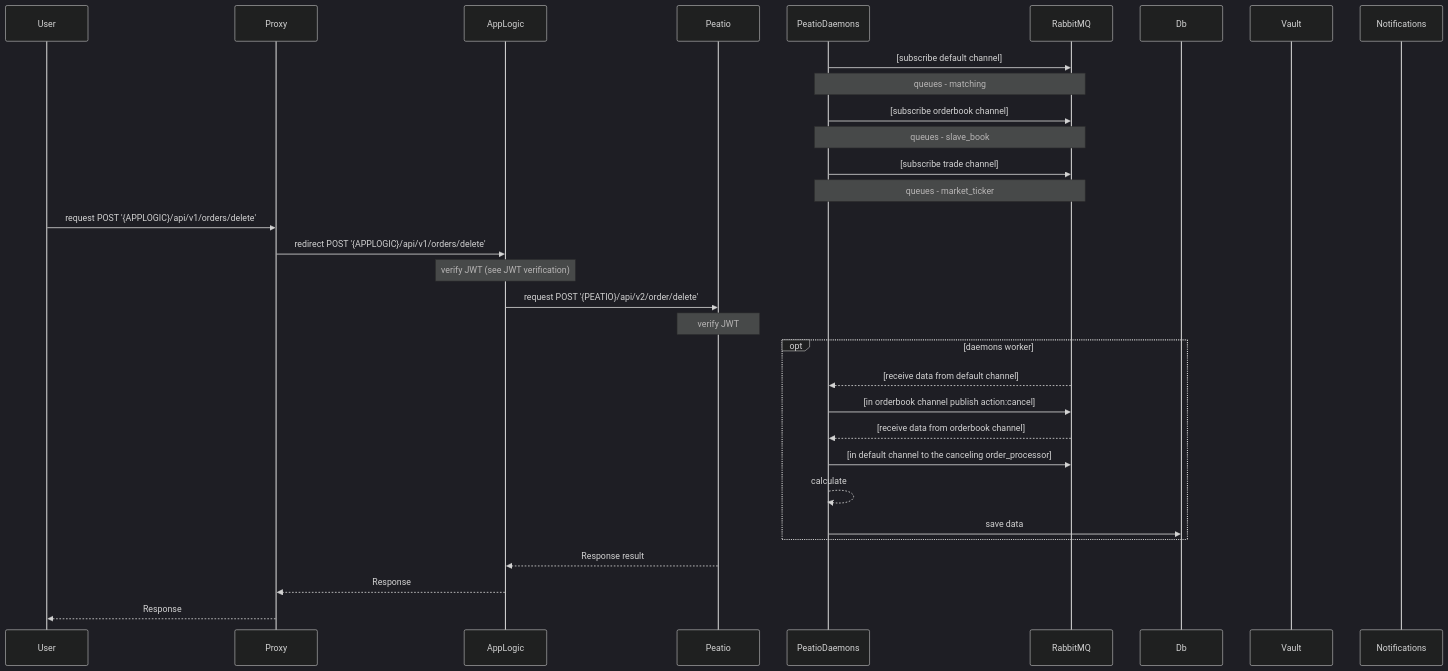
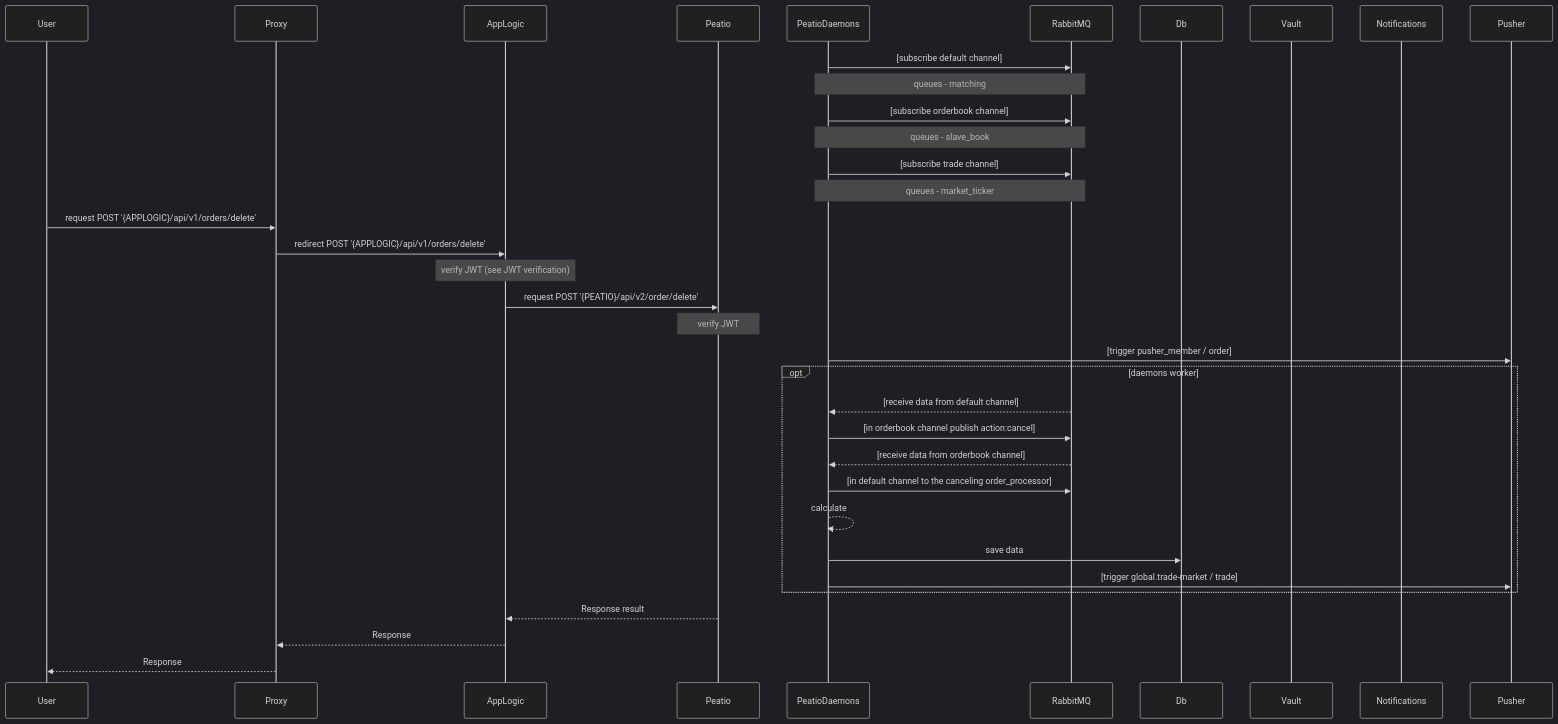
The fourth of 10 diagrams in content/3.010.orders.md (sergii-savchenko/rkcp_arch), drawn with Mermaid (dark theme) before and after one commit. The commit also changed other lines of this file and 3 other files, not shown here.

````diff
--- a/content/3.010.orders.md
+++ b/content/3.010.orders.md
@@ -104,38 +106,40 @@
 ```mermaid
 sequenceDiagram
     participant User
     participant Proxy
     participant AppLogic
     participant Peatio
     participant PeatioDaemons
     participant RabbitMQ
     participant Db
     participant Vault
     participant Notifications
 
     PeatioDaemons->>RabbitMQ: [subscribe default channel]
     Note over PeatioDaemons,RabbitMQ: queues - matching
     PeatioDaemons->>RabbitMQ: [subscribe orderbook channel]
     Note over PeatioDaemons,RabbitMQ: queues - slave_book
     PeatioDaemons->>RabbitMQ: [subscribe trade channel]
     Note over PeatioDaemons,RabbitMQ: queues - market_ticker
 
     User->>Proxy: request POST '{APPLOGIC}/api/v1/orders/delete'
     Proxy->>AppLogic: redirect POST '{APPLOGIC}/api/v1/orders/delete'
     Note over AppLogic: verify JWT (see JWT verification)
     AppLogic->>Peatio: request POST '{PEATIO}/api/v2/order/delete'
     Note over Peatio: verify JWT
+    PeatioDaemons->>Pusher: [trigger pusher_member / order]
     opt daemons worker
         RabbitMQ-->>PeatioDaemons: [receive data from default channel]
         PeatioDaemons->>RabbitMQ: [in orderbook channel publish action:cancel]
         RabbitMQ-->>PeatioDaemons: [receive data from orderbook channel]
         PeatioDaemons->>RabbitMQ: [in default channel to the canceling order_processor]
         PeatioDaemons-->>PeatioDaemons: calculate
         PeatioDaemons->>Db: save data
+        PeatioDaemons->>Pusher: [trigger global.trade-market / trade]
     end
 
     Peatio-->>AppLogic: Response result
 
     AppLogic-->>Proxy: Response
     Proxy-->>User: Response
 ```
````
